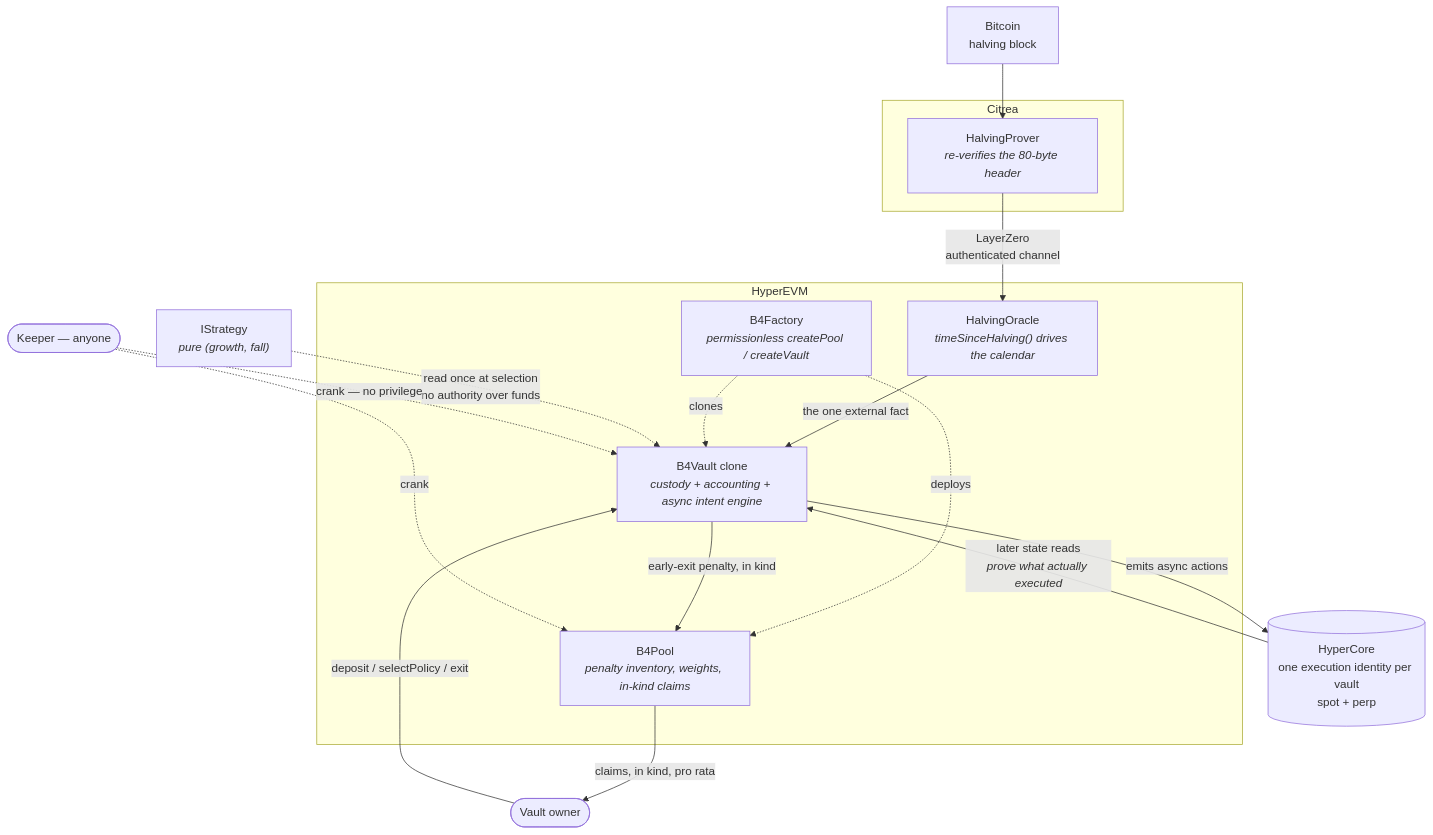
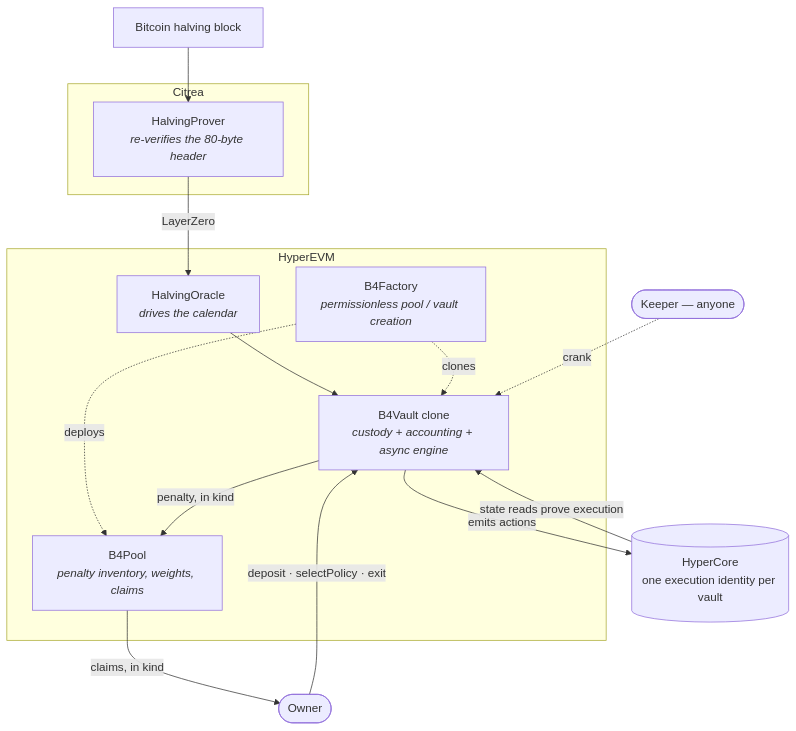
The first of 2 diagrams in README.md (gvakhrushev/b4_core), drawn with Mermaid before and after one commit. The commit also changed other lines of this file, not shown here.

````diff
--- a/README.md
+++ b/README.md
@@ -112,34 +36,31 @@
 ```mermaid
 flowchart TB
-    BTC["Bitcoin<br/>halving block"]
+    BTC["Bitcoin halving block"]
 
     subgraph CIT ["Citrea"]
         PROVER["HalvingProver<br/><i>re-verifies the 80-byte header</i>"]
     end
 
     subgraph HE ["HyperEVM"]
-        ORACLE["HalvingOracle<br/><i>timeSinceHalving() drives the calendar</i>"]
-        FACTORY["B4Factory<br/><i>permissionless createPool / createVault</i>"]
-        VAULT["B4Vault clone<br/><i>custody + accounting + async intent engine</i>"]
-        POOL["B4Pool<br/><i>penalty inventory, weights, in-kind claims</i>"]
+        ORACLE["HalvingOracle<br/><i>drives the calendar</i>"]
+        FACTORY["B4Factory<br/><i>permissionless pool / vault creation</i>"]
+        VAULT["B4Vault clone<br/><i>custody + accounting + async engine</i>"]
+        POOL["B4Pool<br/><i>penalty inventory, weights, claims</i>"]
     end
 
-    CORE[("HyperCore<br/>one execution identity per vault<br/>spot + perp")]
-    OWNER(["Vault owner"])
+    CORE[("HyperCore<br/>one execution identity per vault")]
+    OWNER(["Owner"])
     KEEPER(["Keeper — anyone"])
-    STRAT["IStrategy<br/><i>pure (growth, fall)</i>"]
 
     BTC --> PROVER
-    PROVER -- "LayerZero<br/>authenticated channel" --> ORACLE
-    ORACLE -- "the one external fact" --> VAULT
+    PROVER -- "LayerZero" --> ORACLE
+    ORACLE --> VAULT
     FACTORY -. clones .-> VAULT
     FACTORY -. deploys .-> POOL
-    STRAT -. "read once at selection<br/>no authority over funds" .-> VAULT
-    VAULT -- "emits async actions" --> CORE
-    CORE -- "later state reads<br/><i>prove what actually executed</i>" --> VAULT
-    VAULT -- "early-exit penalty, in kind" --> POOL
-    POOL -- "claims, in kind, pro rata" --> OWNER
-    OWNER -- "deposit / selectPolicy / exit" --> VAULT
-    KEEPER -. "crank — no privilege" .-> VAULT
-    KEEPER -. crank .-> POOL
+    VAULT -- "emits actions" --> CORE
+    CORE -- "state reads prove execution" --> VAULT
+    VAULT -- "penalty, in kind" --> POOL
+    POOL -- "claims, in kind" --> OWNER
+    OWNER -- "deposit · selectPolicy · exit" --> VAULT
+    KEEPER -. crank .-> VAULT
 ```
````
